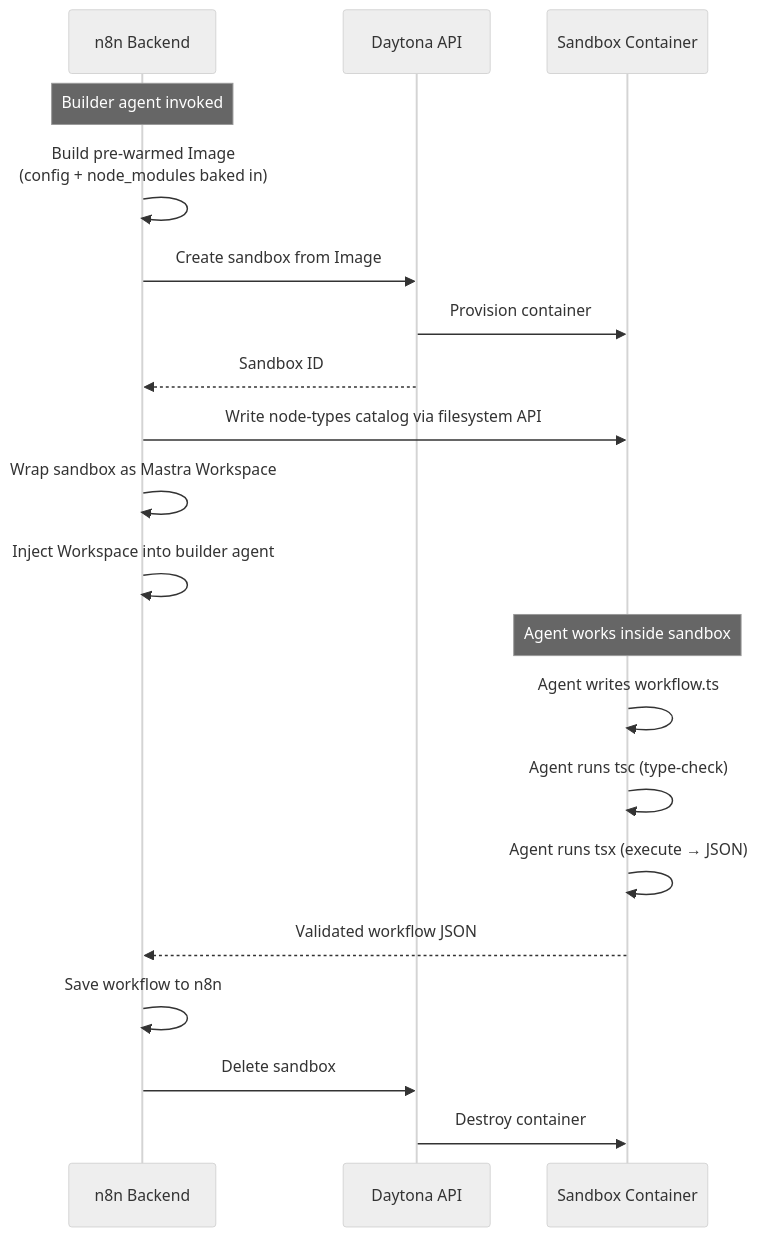
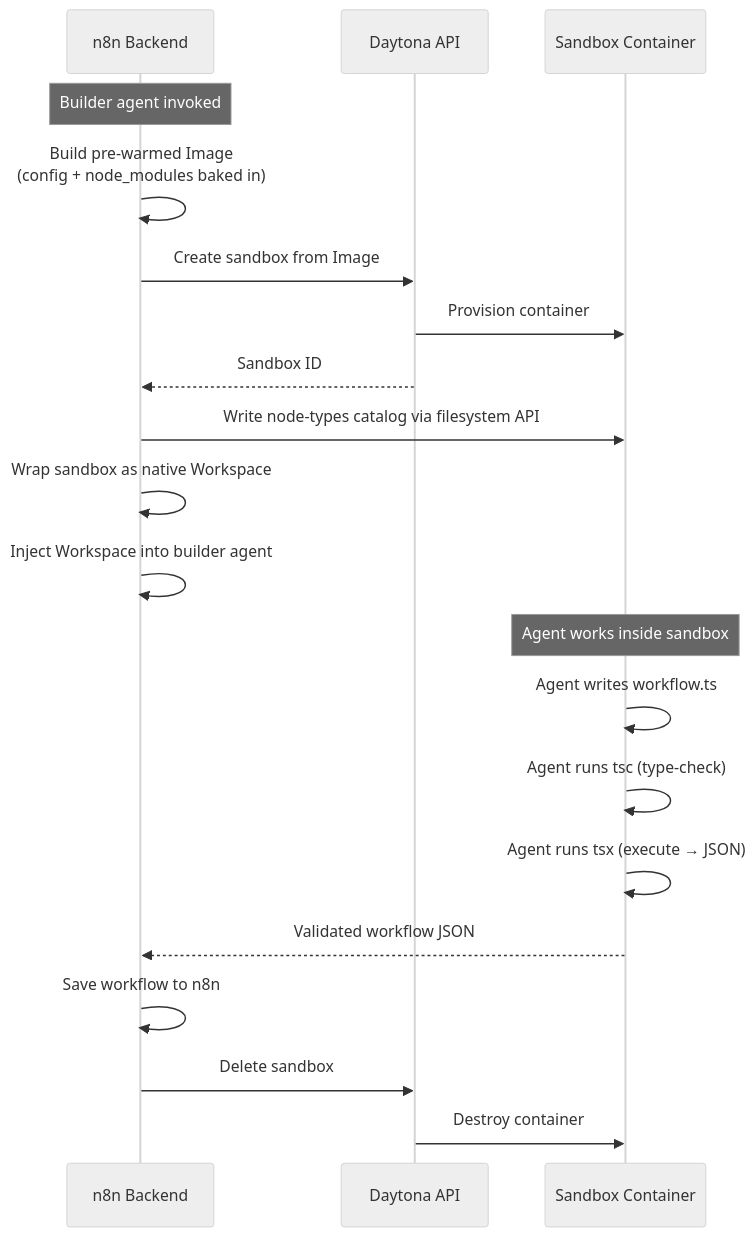
One commit to mayankjain1815-commits/n8n changed the third of 6 diagrams in packages/@n8n/instance-ai/docs/sandboxing.md. Above: the diagram before and after it, drawn with Mermaid (neutral theme). The commit also changed other lines of this file and 5 other files, not shown here.

Commit message:
docs(instance-ai): update native agents architecture docs

````diff
--- a/packages/@n8n/instance-ai/docs/sandboxing.md
+++ b/packages/@n8n/instance-ai/docs/sandboxing.md
@@ -100,26 +108,26 @@
 ```mermaid
 sequenceDiagram
     participant n8n as n8n Backend
     participant D as Daytona API
     participant S as Sandbox Container
 
     Note over n8n: Builder agent invoked
     n8n->>n8n: Build pre-warmed Image<br/>(config + node_modules baked in)
     n8n->>D: Create sandbox from Image
     D->>S: Provision container
     D-->>n8n: Sandbox ID
 
     n8n->>S: Write node-types catalog via filesystem API
-    n8n->>n8n: Wrap sandbox as Mastra Workspace
+    n8n->>n8n: Wrap sandbox as native Workspace
     n8n->>n8n: Inject Workspace into builder agent
 
     Note over S: Agent works inside sandbox
     S->>S: Agent writes workflow.ts
     S->>S: Agent runs tsc (type-check)
     S->>S: Agent runs tsx (execute → JSON)
     S-->>n8n: Validated workflow JSON
 
     n8n->>n8n: Save workflow to n8n
     n8n->>D: Delete sandbox
     D->>S: Destroy container
 ```
````
